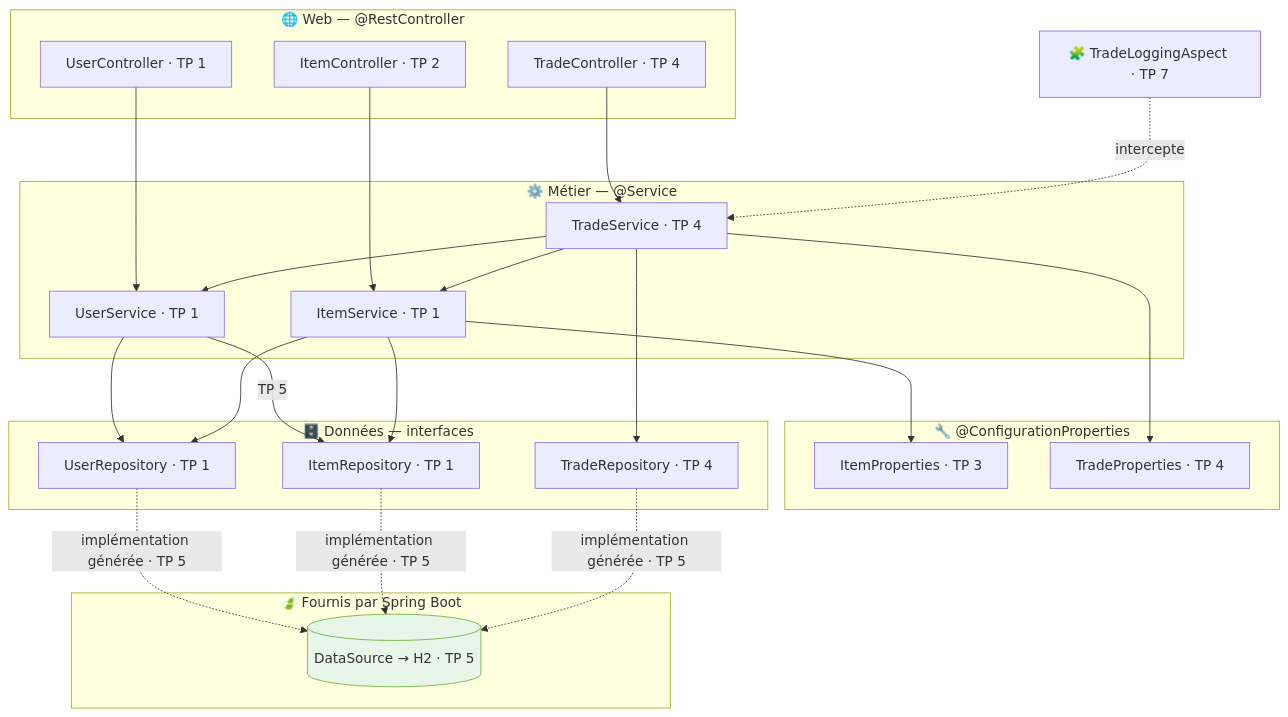
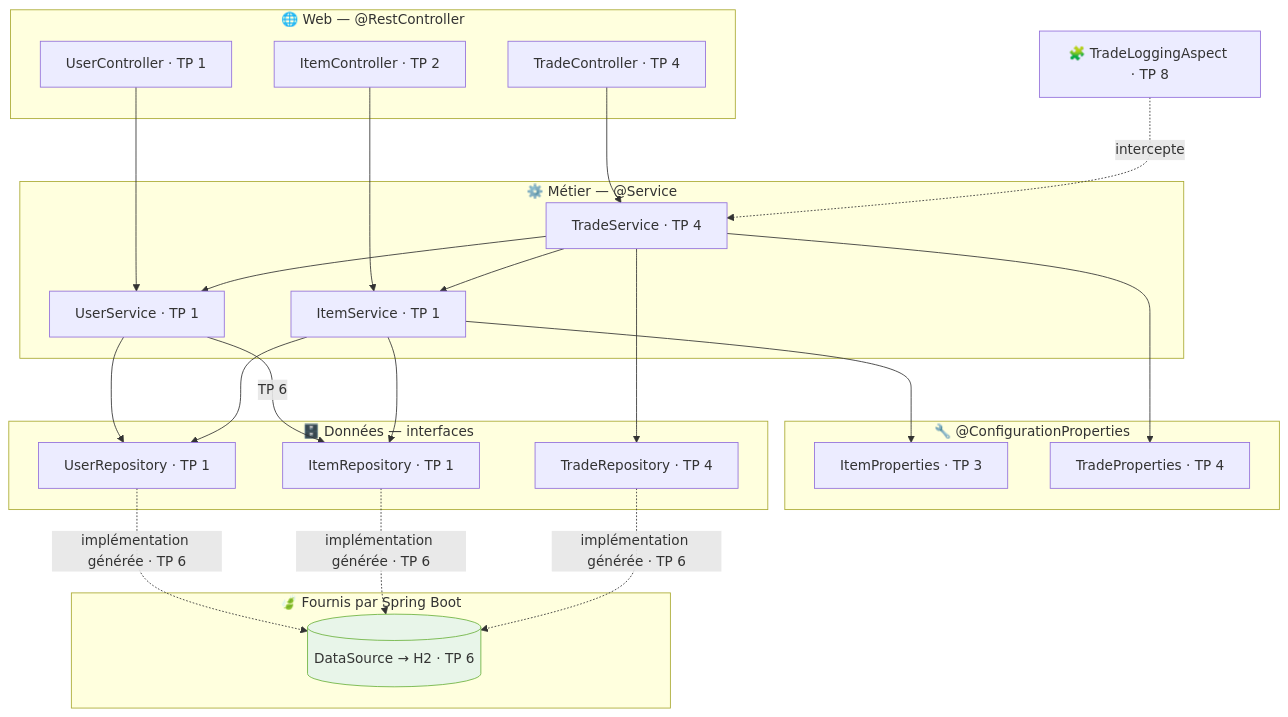
One commit to SimonLeBars/troc-spring-api changed the first of 3 diagrams in doc/fiches/01-beans-ioc.md. Above: the diagram before and after it, drawn with Mermaid. The commit also changed other lines of this file and 35 other files, not shown here.

````diff
--- a/doc/fiches/01-beans-ioc.md
+++ b/doc/fiches/01-beans-ioc.md
@@ -40,44 +40,44 @@
 ```mermaid
 flowchart TD
     subgraph web["🌐 Web — @RestController"]
         UC["UserController · TP 1"]
         IC["ItemController · TP 2"]
         TC["TradeController · TP 4"]
     end
     subgraph metier["⚙️ Métier — @Service"]
         US["UserService · TP 1"]
         IS["ItemService · TP 1"]
         TS["TradeService · TP 4"]
     end
     subgraph conf["🔧 @ConfigurationProperties"]
         IP["ItemProperties · TP 3"]
         TP["TradeProperties · TP 4"]
     end
     subgraph data["🗄️ Données — interfaces"]
         UR["UserRepository · TP 1"]
         IR["ItemRepository · TP 1"]
         TR["TradeRepository · TP 4"]
     end
     subgraph spring["🍃 Fournis par Spring Boot"]
-        DS[("DataSource → H2 · TP 5")]
+        DS[("DataSource → H2 · TP 6")]
     end
-    ASP["🧩 TradeLoggingAspect · TP 7"]
+    ASP["🧩 TradeLoggingAspect · TP 8"]
 
     UC --> US
     IC --> IS
     TC --> TS
     US --> UR
-    US -->|TP 5| IR
+    US -->|TP 6| IR
     IS --> IR
     IS --> UR
     IS --> IP
     TS --> TR
     TS --> US
     TS --> IS
     TS --> TP
-    UR & IR & TR -.->|implémentation générée · TP 5| DS
+    UR & IR & TR -.->|implémentation générée · TP 6| DS
     ASP -.->|intercepte| TS
 
     classDef fourni fill:#e8f5e9,stroke:#6db33f
     class DS fourni
 ```
````
